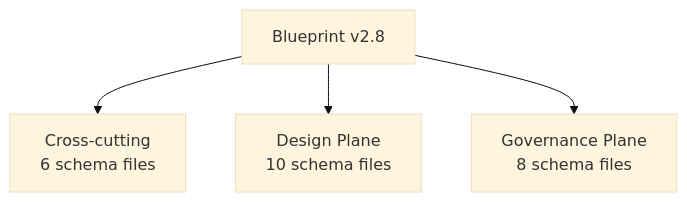
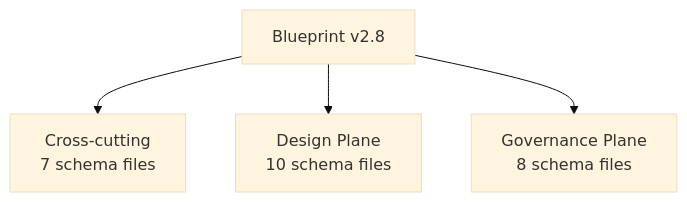
One commit to Archally/blueprint-schema changed the diagram in docs/schema-atlas/v2.8/overview.md. Above: the diagram before and after it, drawn with Mermaid (base theme). The commit also changed other lines of this file and 17 other files, not shown here.

First line of the commit message:
Blueprint Schema: the 2.8 line reaches 2.8.44

````diff
--- a/docs/schema-atlas/v2.8/overview.md
+++ b/docs/schema-atlas/v2.8/overview.md
@@ -17,10 +17,10 @@
 ```mermaid
 graph TD
     ROOT["Blueprint v2.8"]
-    cross_cutting["Cross-cutting<br/>6 schema files"]
+    cross_cutting["Cross-cutting<br/>7 schema files"]
     ROOT --> cross_cutting
     design["Design Plane<br/>10 schema files"]
     ROOT --> design
     governance["Governance Plane<br/>8 schema files"]
     ROOT --> governance
 ```
````
